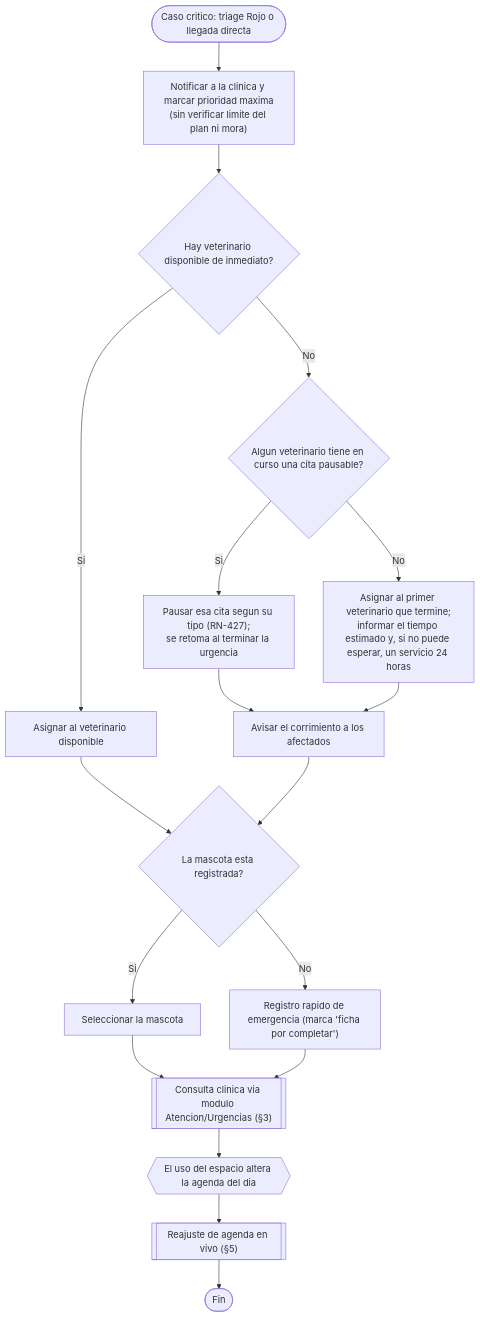
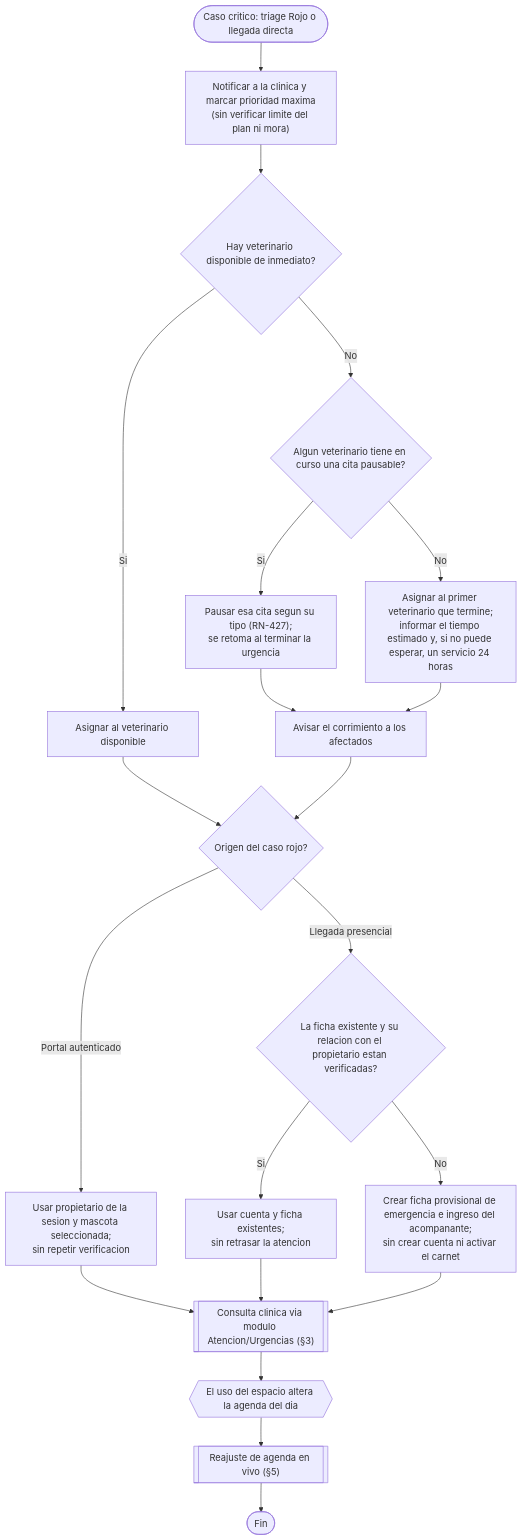
One commit to carvajal7lsch-commits/Zooki changed the seventh of 22 diagrams in documentacion/Modelos.md. Above: the diagram before and after it, drawn with Mermaid. The commit also changed other lines of this file and 35 other files, not shown here.

````diff
--- a/documentacion/Modelos.md
+++ b/documentacion/Modelos.md
@@ -306,20 +300,23 @@
 ```mermaid
 flowchart TD
   A([Caso critico: triage Rojo o llegada directa]) --> B["Notificar a la clinica y marcar prioridad maxima<br/>(sin verificar limite del plan ni mora)"]
   B --> C{Hay veterinario disponible de inmediato?}
   C -- Si --> D[Asignar al veterinario disponible]
   C -- No --> PZ{"Algun veterinario tiene en curso una cita pausable?"}
   PZ -- Si --> E["Pausar esa cita segun su tipo (RN-427);<br/>se retoma al terminar la urgencia"]
   E --> E1[Avisar el corrimiento a los afectados]
   PZ -- No --> E2["Asignar al primer veterinario que termine;<br/>informar el tiempo estimado y, si no puede esperar, un servicio 24 horas"]
   E2 --> E1
-  D --> F{La mascota esta registrada?}
-  E1 --> F
-  F -- Si --> F1[Seleccionar la mascota]
-  F -- No --> F2["Registro rapido de emergencia (marca 'ficha por completar')"]
+  D --> O{Origen del caso rojo?}
+  E1 --> O
+  O -- "Portal autenticado" --> FP["Usar propietario de la sesion y mascota seleccionada;<br/>sin repetir verificacion"]
+  FP --> G
+  O -- "Llegada presencial" --> F{La ficha existente y su relacion con el propietario estan verificadas?}
+  F -- Si --> F1["Usar cuenta y ficha existentes;<br/>sin retrasar la atencion"]
+  F -- No --> F2["Crear ficha provisional de emergencia e ingreso del acompanante;<br/>sin crear cuenta ni activar el carnet"]
   F1 --> G[["Consulta clinica via modulo Atencion/Urgencias (§3)"]]
   F2 --> G
   G --> H{{El uso del espacio altera la agenda del dia}}
   H --> I[["Reajuste de agenda en vivo (§5)"]]
   I --> J([Fin])
 ```
````
